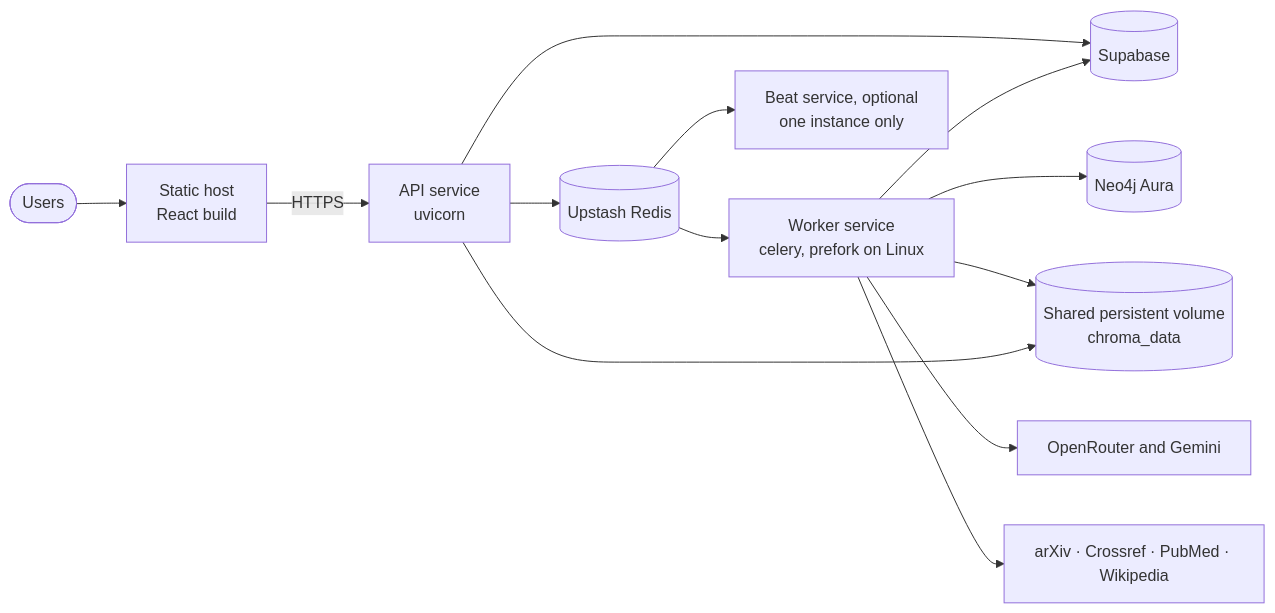
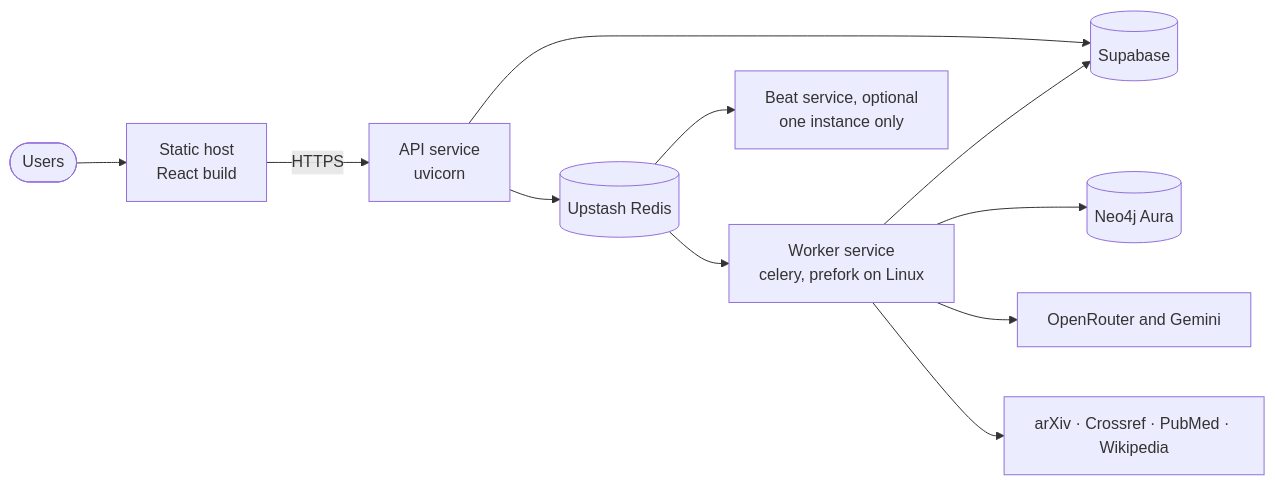
One commit to Rahul-8283/AURA_Data_Driven changed diagram 27 of 27 in README.md. Above: the diagram before and after it, drawn with Mermaid. The commit also changed other lines of this file and 3 other files, not shown here.

````diff
--- a/README.md
+++ b/README.md
@@ -1291,15 +1286,13 @@
 ```mermaid
 flowchart LR
     users(["Users"]) --> cdn["Static host<br/>React build"]
     cdn -->|"HTTPS"| apisvc["API service<br/>uvicorn"]
     apisvc --> up[("Upstash Redis")]
     apisvc --> sb[("Supabase")]
     up --> wk["Worker service<br/>celery, prefork on Linux"]
     up --> bt["Beat service, optional<br/>one instance only"]
     wk --> sb
     wk --> n4[("Neo4j Aura")]
-    wk --> vol[("Shared persistent volume<br/>chroma_data")]
-    apisvc --> vol
     wk --> llm["OpenRouter and Gemini"]
     wk --> src["arXiv · Crossref · PubMed · Wikipedia"]
 ```
````
